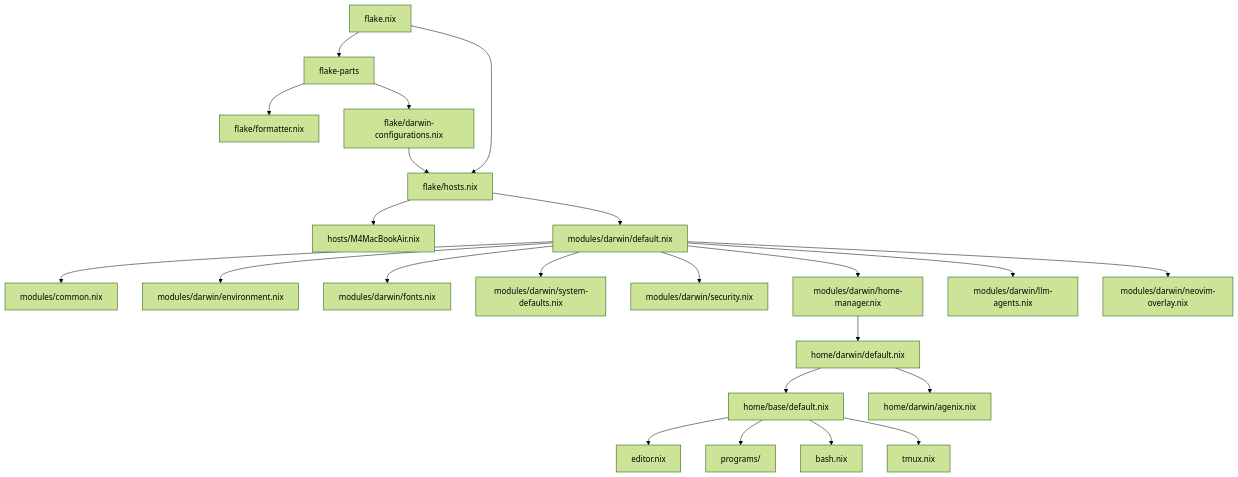
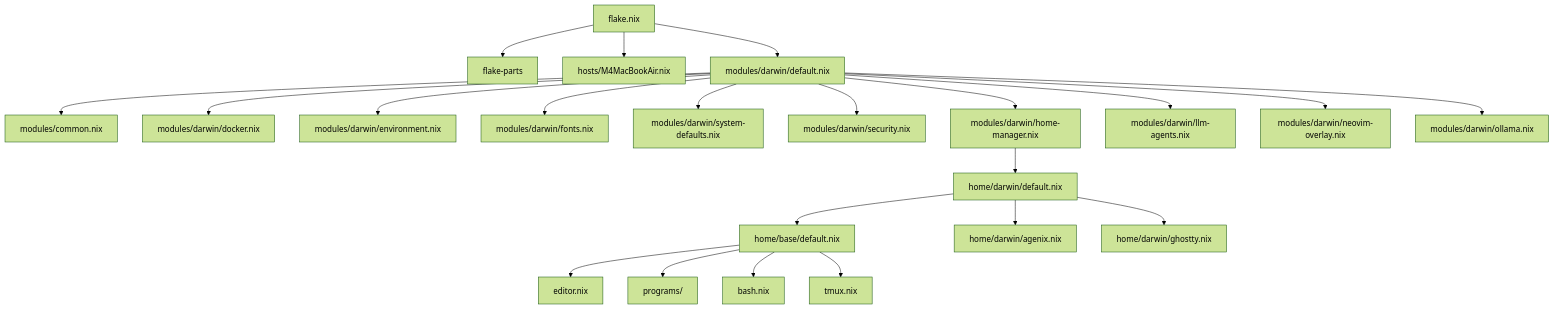
One commit to pranc1ngpegasus/dotfiles changed the diagram in docs/architecture.md. Above: the diagram before and after it, drawn with Mermaid (forest theme). The commit also changed other lines of this file and 1 other file, not shown here.

````diff
--- a/docs/architecture.md
+++ b/docs/architecture.md
@@ -5,25 +5,24 @@
 ```mermaid
 graph TD
     flake[flake.nix] --> parts[flake-parts]
-    flake --> hostMap[flake/hosts.nix]
-    parts --> formatter[flake/formatter.nix]
-    parts --> darwinConfigurations[flake/darwin-configurations.nix]
-    darwinConfigurations --> hostMap
-    hostMap --> host[hosts/M4MacBookAir.nix]
-    hostMap --> darwin[modules/darwin/default.nix]
+    flake --> host[hosts/M4MacBookAir.nix]
+    flake --> darwin[modules/darwin/default.nix]
     darwin --> common[modules/common.nix]
+    darwin --> docker[modules/darwin/docker.nix]
     darwin --> environment[modules/darwin/environment.nix]
     darwin --> fonts[modules/darwin/fonts.nix]
     darwin --> defaults[modules/darwin/system-defaults.nix]
     darwin --> security[modules/darwin/security.nix]
     darwin --> homeManager[modules/darwin/home-manager.nix]
     darwin --> agents[modules/darwin/llm-agents.nix]
     darwin --> neovimOverlay[modules/darwin/neovim-overlay.nix]
+    darwin --> ollama[modules/darwin/ollama.nix]
     homeManager --> darwinHome[home/darwin/default.nix]
     darwinHome --> baseHome[home/base/default.nix]
     darwinHome --> agenix[home/darwin/agenix.nix]
+    darwinHome --> ghostty[home/darwin/ghostty.nix]
     baseHome --> editor[editor.nix]
     baseHome --> programs[programs/]
     baseHome --> bash[bash.nix]
     baseHome --> tmux[tmux.nix]
 ```
````
